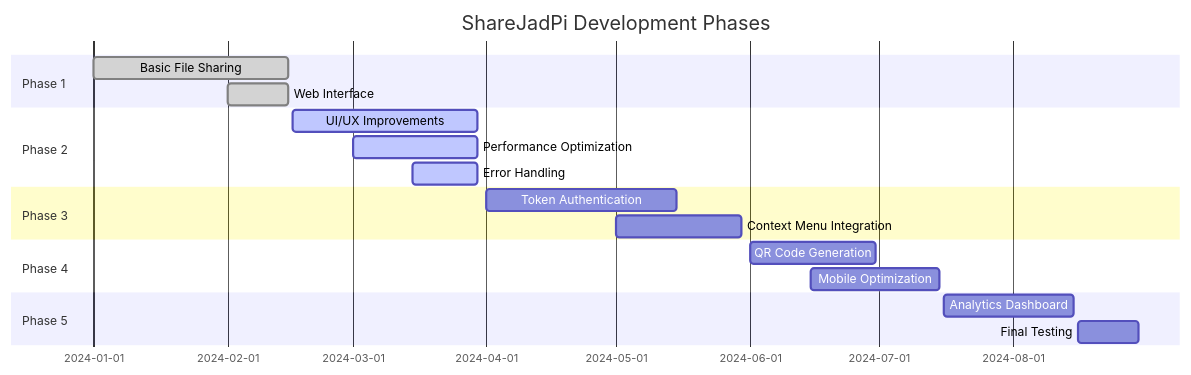
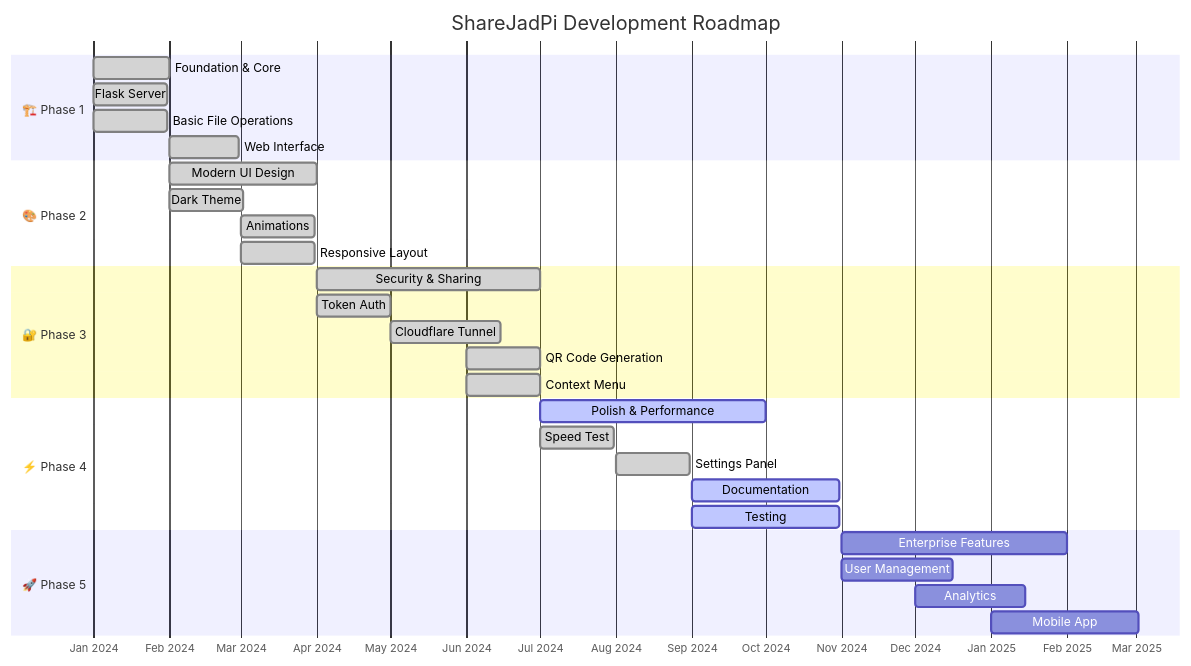
The first of 6 diagrams in SGP_phase1/docs/timeline.md (hetcharusat/sharejadpi), drawn with Mermaid before and after one commit. The commit also changed other lines of this file and 5 other files, not shown here.

````diff
--- a/SGP_phase1/docs/timeline.md
+++ b/SGP_phase1/docs/timeline.md
@@ -7,21 +33,38 @@
 ```mermaid
 gantt
-    title ShareJadPi Development Phases
-    dateFormat YYYY-MM-DD
-    section Phase 1
-    Basic File Sharing          :done, 2024-01-01, 2024-02-15
-    Web Interface              :done, 2024-02-01, 2024-02-15
-    section Phase 2
-    UI/UX Improvements         :active, 2024-02-16, 2024-03-30
-    Performance Optimization   :active, 2024-03-01, 2024-03-30
-    Error Handling            :active, 2024-03-15, 2024-03-30
-    section Phase 3
-    Token Authentication       :2024-04-01, 2024-05-15
-    Context Menu Integration   :2024-05-01, 2024-05-30
-    section Phase 4
-    QR Code Generation        :2024-06-01, 2024-06-30
-    Mobile Optimization       :2024-06-15, 2024-07-15
-    section Phase 5
-    Analytics Dashboard       :2024-07-16, 2024-08-15
-    Final Testing             :2024-08-16, 2024-08-30
+    title ShareJadPi Development Roadmap
+    dateFormat YYYY-MM
+    axisFormat %b %Y
+    
+    section 🏗️ Phase 1
+    Foundation & Core        :done, p1, 2024-01, 2024-02
+    Flask Server             :done, 2024-01, 30d
+    Basic File Operations    :done, 2024-01, 30d
+    Web Interface            :done, 2024-02, 28d
+    
+    section 🎨 Phase 2
+    Modern UI Design         :done, p2, 2024-02, 2024-04
+    Dark Theme               :done, 2024-02, 30d
+    Animations               :done, 2024-03, 30d
+    Responsive Layout        :done, 2024-03, 30d
+    
+    section 🔐 Phase 3
+    Security & Sharing       :done, p3, 2024-04, 2024-07
+    Token Auth               :done, 2024-04, 30d
+    Cloudflare Tunnel        :done, 2024-05, 45d
+    QR Code Generation       :done, 2024-06, 30d
+    Context Menu             :done, 2024-06, 30d
+    
+    section ⚡ Phase 4
+    Polish & Performance     :active, p4, 2024-07, 2024-10
+    Speed Test               :done, 2024-07, 30d
+    Settings Panel           :done, 2024-08, 30d
+    Documentation            :active, 2024-09, 60d
+    Testing                  :active, 2024-09, 60d
+    
+    section 🚀 Phase 5
+    Enterprise Features      :p5, 2024-11, 2025-02
+    User Management          :2024-11, 45d
+    Analytics                :2024-12, 45d
+    Mobile App               :2025-01, 60d
 ```
````
